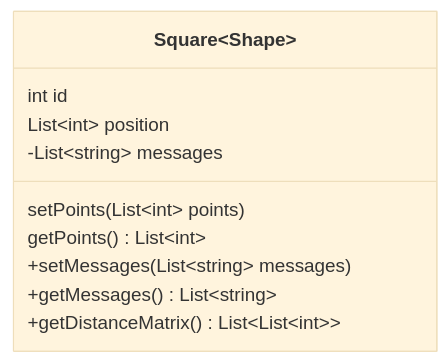
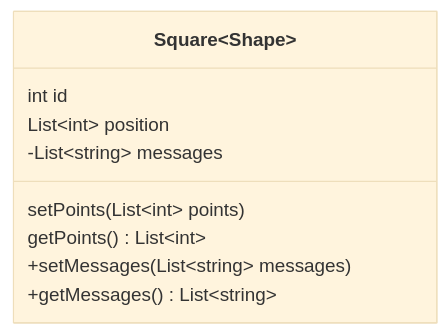
The seventh of 21 diagrams in syntax/classDiagram.qmd (data-intuitive/mermaid-demos-in-quarto), drawn with Mermaid (base theme) before and after one commit. The commit also changed other lines of this file and 7 other files, not shown here.

````diff
--- a/syntax/classDiagram.qmd
+++ b/syntax/classDiagram.qmd
@@ -150,14 +130,13 @@
 ```{mermaid}
 classDiagram
 class Square~Shape~{
     int id
     List~int~ position
     setPoints(List~int~ points)
     getPoints() List~int~
 }
 
 Square : -List~string~ messages
 Square : +setMessages(List~string~ messages)
 Square : +getMessages() List~string~
-Square : +getDistanceMatrix() List~List~int~~
 ```
````
